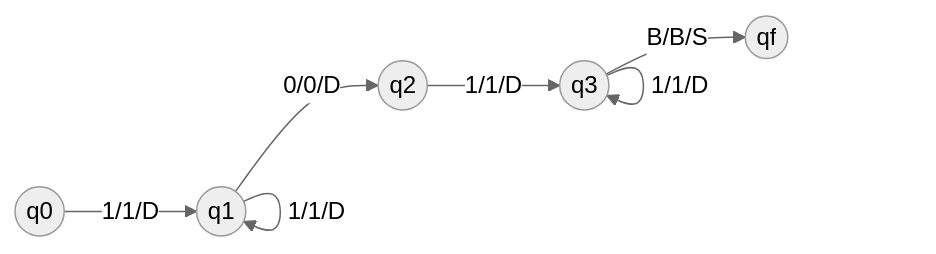
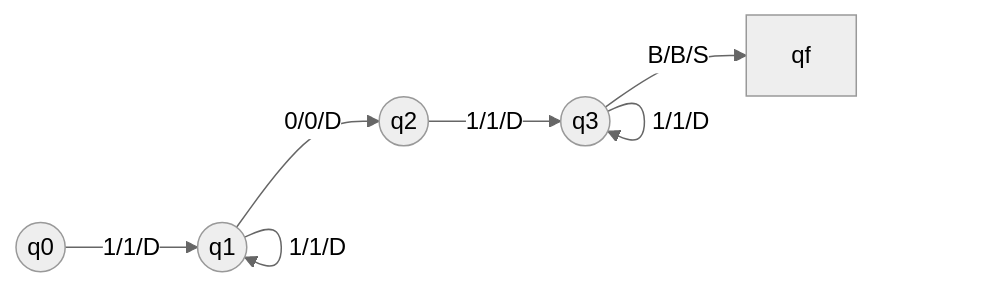
One commit to FlorianLatapie/PNS-SI4-S7_Algorithmique changed the second of 8 diagrams in TDs/TD2/TD2.md. Above: the diagram before and after it, drawn with Mermaid (neutral theme). The commit also changed other lines of this file, not shown here.

````diff
--- a/TDs/TD2/TD2.md
+++ b/TDs/TD2/TD2.md
@@ -28,9 +29,9 @@
 ```mermaid
 graph LR
-    q0((q0)) --> | 1/1/D | q1((q1))
-    q1((q1)) --> | 1/1/D | q1((q1))
-    q1((q1)) --> | 0/0/D | q2((q2))
-    q2((q2)) --> | 1/1/D | q3((q3))
-    q3((q3)) --> | 1/1/D | q3((q3))
-    q3((q3)) --> | B/B/S | qf((qf))
+    q0((q0)) --> | 1/1/D | q1
+    q1((q1)) --> | 1/1/D | q1
+    q1((q1)) --> | 0/0/D | q2
+    q2((q2)) --> | 1/1/D | q3
+    q3((q3)) --> | 1/1/D | q3
+    q3((q3)) --> | B/B/S | qf
 ```
````
